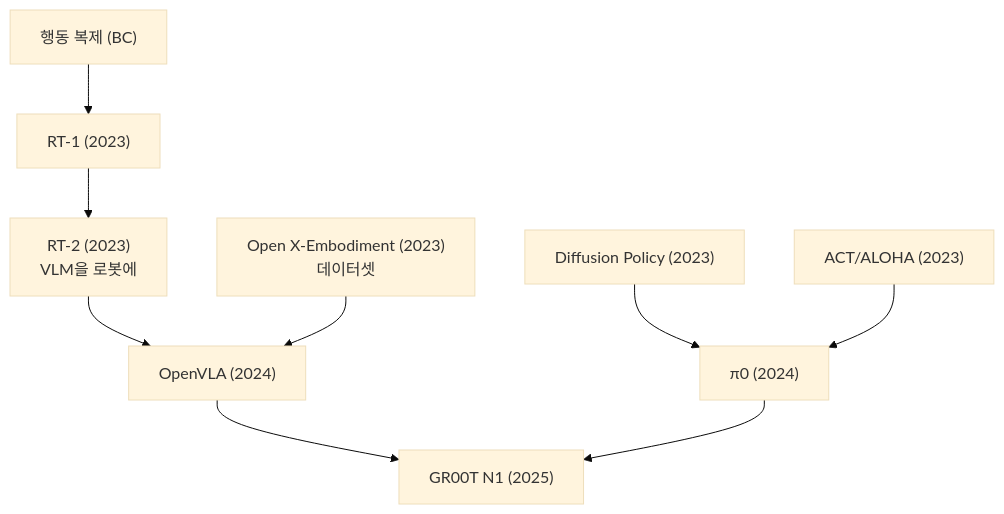
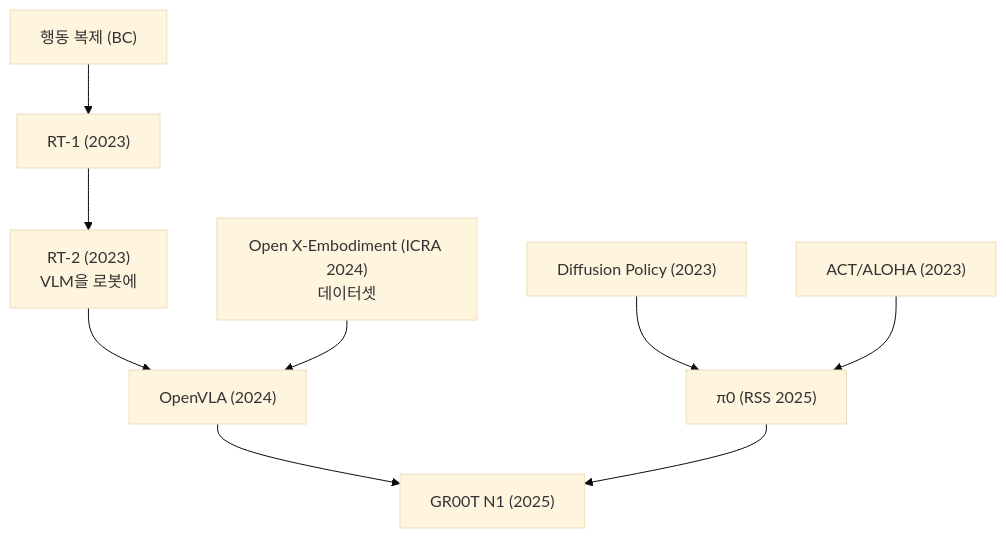
One commit to jiseop-byeon/phd-wiki changed diagram 11 of 12 in content/03-deep-learning/lineage.md. Above: the diagram before and after it, drawn with Mermaid (base theme). The commit also changed other lines of this file and 6 other files, not shown here.

````diff
--- a/content/03-deep-learning/lineage.md
+++ b/content/03-deep-learning/lineage.md
@@ -191,11 +191,11 @@
 ```mermaid
 graph TD
     BC["행동 복제 (BC)"] --> RT1["RT-1 (2023)"]
     RT1 --> RT2["RT-2 (2023)<br/>VLM을 로봇에"]
-    DP["Diffusion Policy (2023)"] --> Pi0["π0 (2024)"]
+    DP["Diffusion Policy (2023)"] --> Pi0["π0 (RSS 2025)"]
     ACT["ACT/ALOHA (2023)"] --> Pi0
     RT2 --> OpenVLA["OpenVLA (2024)"]
-    OXE["Open X-Embodiment (2023)<br/>데이터셋"] --> OpenVLA
+    OXE["Open X-Embodiment (ICRA 2024)<br/>데이터셋"] --> OpenVLA
     OpenVLA --> GR00T["GR00T N1 (2025)"]
     Pi0 --> GR00T
 ```
````
